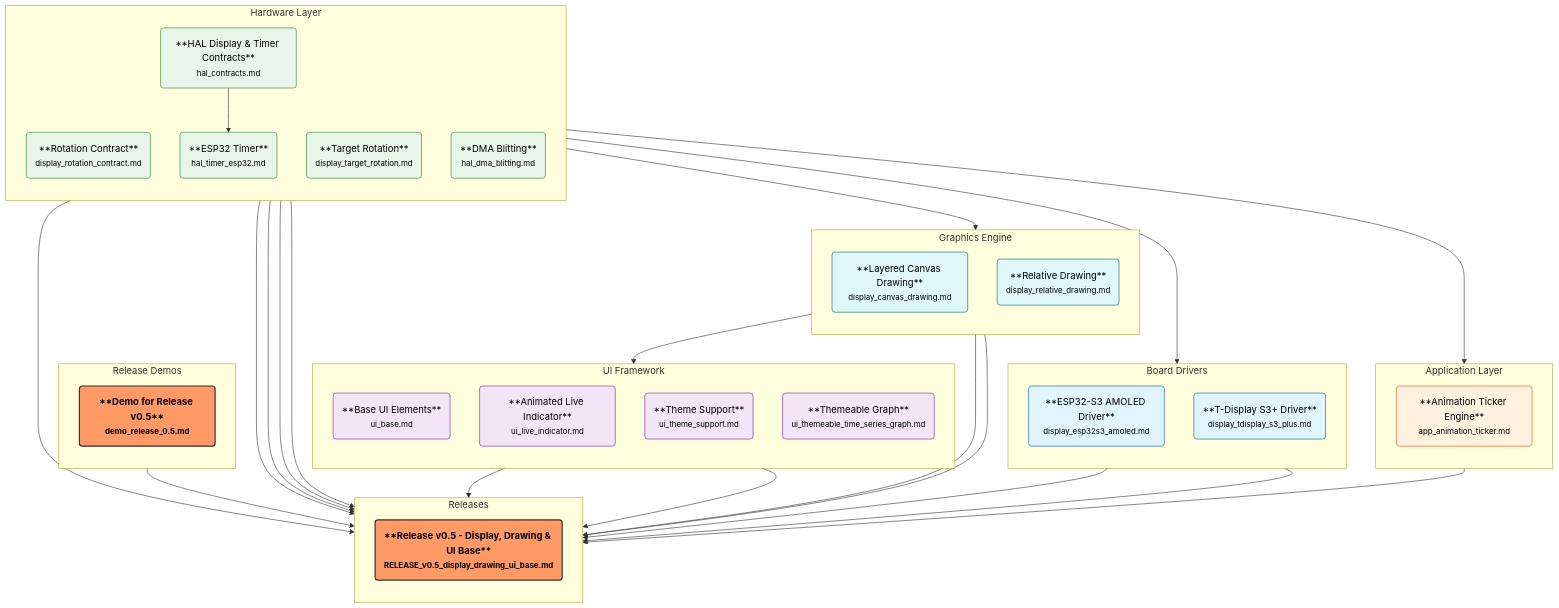
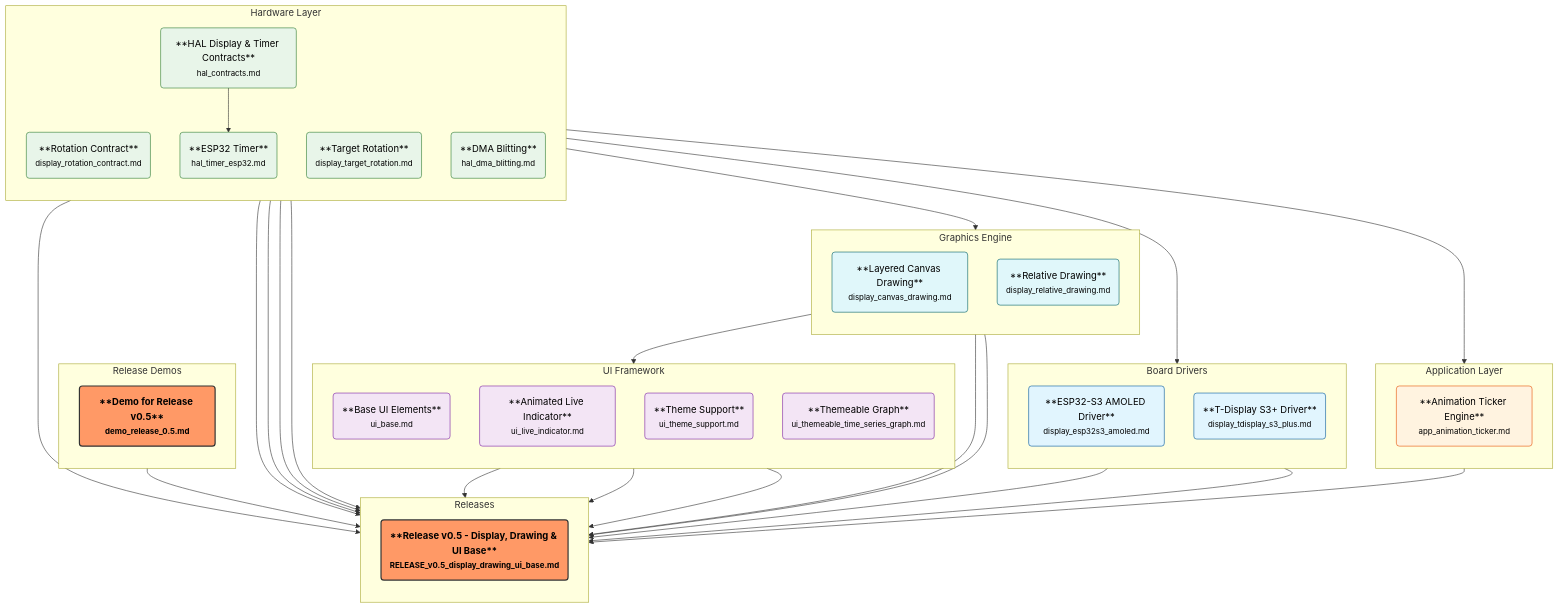
The diagram in README.md (rlabarca/LPad), drawn with Mermaid before and after one commit. The commit also changed 6 other files, not shown here.

Commit message:
chore(process): Define runtime theme architecture and demo validation

````diff
--- a/README.md
+++ b/README.md
@@ -67,74 +67,75 @@
 ```mermaid
 graph TD
     %% Styling
     classDef default fill:#e1f5fe,stroke:#01579b,stroke-width:1px,color:black;
     classDef release fill:#f96,stroke:#333,stroke-width:2px,color:black,font-weight:bold;
     classDef hardware fill:#e8f5e9,stroke:#2e7d32,stroke-width:1px,color:black;
     classDef ui fill:#f3e5f5,stroke:#7b1fa2,stroke-width:1px,color:black;
     classDef app fill:#fff3e0,stroke:#e65100,stroke-width:1px,color:black;
     classDef graphics fill:#e0f7fa,stroke:#006064,stroke-width:1px,color:black;
 
     subgraph Application_Layer ["Application Layer"]
         direction TB
         app_animation_ticker("**Animation Ticker Engine**<br/><small>app_animation_ticker.md</small>"):::app
     end
 
     subgraph Board_Drivers ["Board Drivers"]
         direction TB
         display_esp32s3_amoled("**ESP32-S3 AMOLED Driver**<br/><small>display_esp32s3_amoled.md</small>")
         display_tdisplay_s3_plus("**T-Display S3+ Driver**<br/><small>display_tdisplay_s3_plus.md</small>")
     end
 
     subgraph Graphics_Engine ["Graphics Engine"]
         direction TB
         display_canvas_drawing("**Layered Canvas Drawing**<br/><small>display_canvas_drawing.md</small>"):::graphics
         display_relative_drawing("**Relative Drawing**<br/><small>display_relative_drawing.md</small>"):::graphics
     end
 
     subgraph Hardware_Layer ["Hardware Layer"]
         direction TB
         display_rotation_contract("**Rotation Contract**<br/><small>display_rotation_contract.md</small>"):::hardware
         display_target_rotation("**Target Rotation**<br/><small>display_target_rotation.md</small>"):::hardware
         hal_contracts("**HAL Display & Timer Contracts**<br/><small>hal_contracts.md</small>"):::hardware
         hal_dma_blitting("**DMA Blitting**<br/><small>hal_dma_blitting.md</small>"):::hardware
         hal_timer_esp32("**ESP32 Timer**<br/><small>hal_timer_esp32.md</small>"):::hardware
     end
 
     subgraph Release_Demos ["Release Demos"]
         direction TB
         demo_release_0_5("**Demo for Release v0.5**<br/><small>demo_release_0.5.md</small>"):::release
     end
 
     subgraph Releases ["Releases"]
         direction TB
         RELEASE_v0_5_display_drawing_ui_base("**Release v0.5 - Display, Drawing & UI Base**<br/><small>RELEASE_v0.5_display_drawing_ui_base.md</small>"):::release
     end
 
     subgraph UI_Framework ["UI Framework"]
         direction TB
         ui_base("**Base UI Elements**<br/><small>ui_base.md</small>"):::ui
         ui_live_indicator("**Animated Live Indicator**<br/><small>ui_live_indicator.md</small>"):::ui
         ui_theme_support("**Theme Support**<br/><small>ui_theme_support.md</small>"):::ui
         ui_themeable_time_series_graph("**Themeable Graph**<br/><small>ui_themeable_time_series_graph.md</small>"):::ui
     end
 
     %% Relationships
     hal_contracts --> RELEASE_v0_5_display_drawing_ui_base
     hal_timer_esp32 --> RELEASE_v0_5_display_drawing_ui_base
     hal_dma_blitting --> RELEASE_v0_5_display_drawing_ui_base
     display_rotation_contract --> RELEASE_v0_5_display_drawing_ui_base
     display_target_rotation --> RELEASE_v0_5_display_drawing_ui_base
     display_esp32s3_amoled --> RELEASE_v0_5_display_drawing_ui_base
     display_tdisplay_s3_plus --> RELEASE_v0_5_display_drawing_ui_base
     display_canvas_drawing --> RELEASE_v0_5_display_drawing_ui_base
     display_relative_drawing --> RELEASE_v0_5_display_drawing_ui_base
     ui_base --> RELEASE_v0_5_display_drawing_ui_base
     app_animation_ticker --> RELEASE_v0_5_display_drawing_ui_base
     ui_live_indicator --> RELEASE_v0_5_display_drawing_ui_base
+    ui_theme_support --> RELEASE_v0_5_display_drawing_ui_base
     demo_release_0_5 --> RELEASE_v0_5_display_drawing_ui_base
     hal_contracts --> app_animation_ticker
     hal_contracts --> display_canvas_drawing
     hal_contracts --> display_tdisplay_s3_plus
     hal_contracts --> hal_timer_esp32
     display_canvas_drawing --> ui_theme_support
 ```
````
